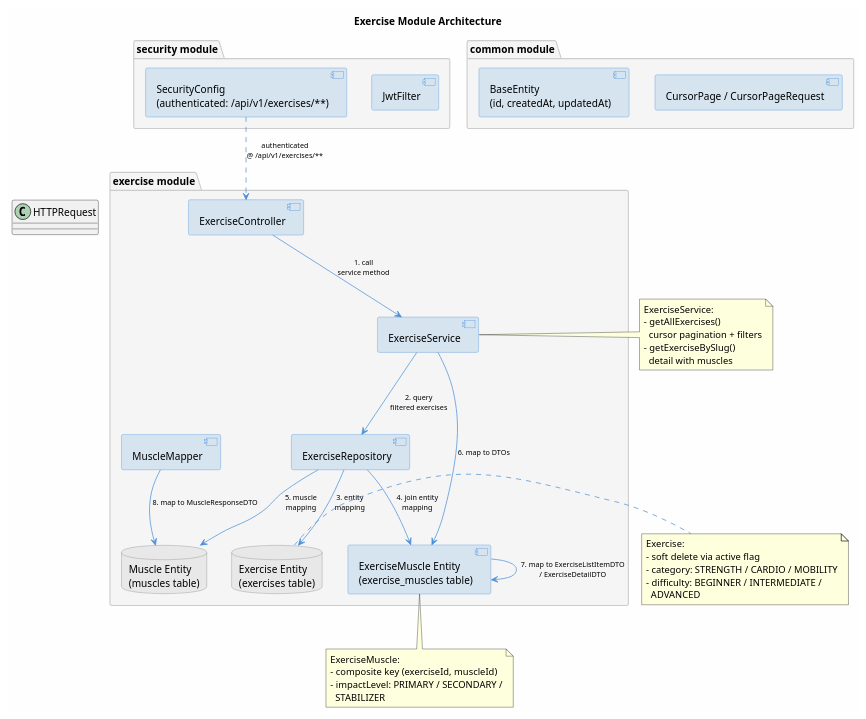
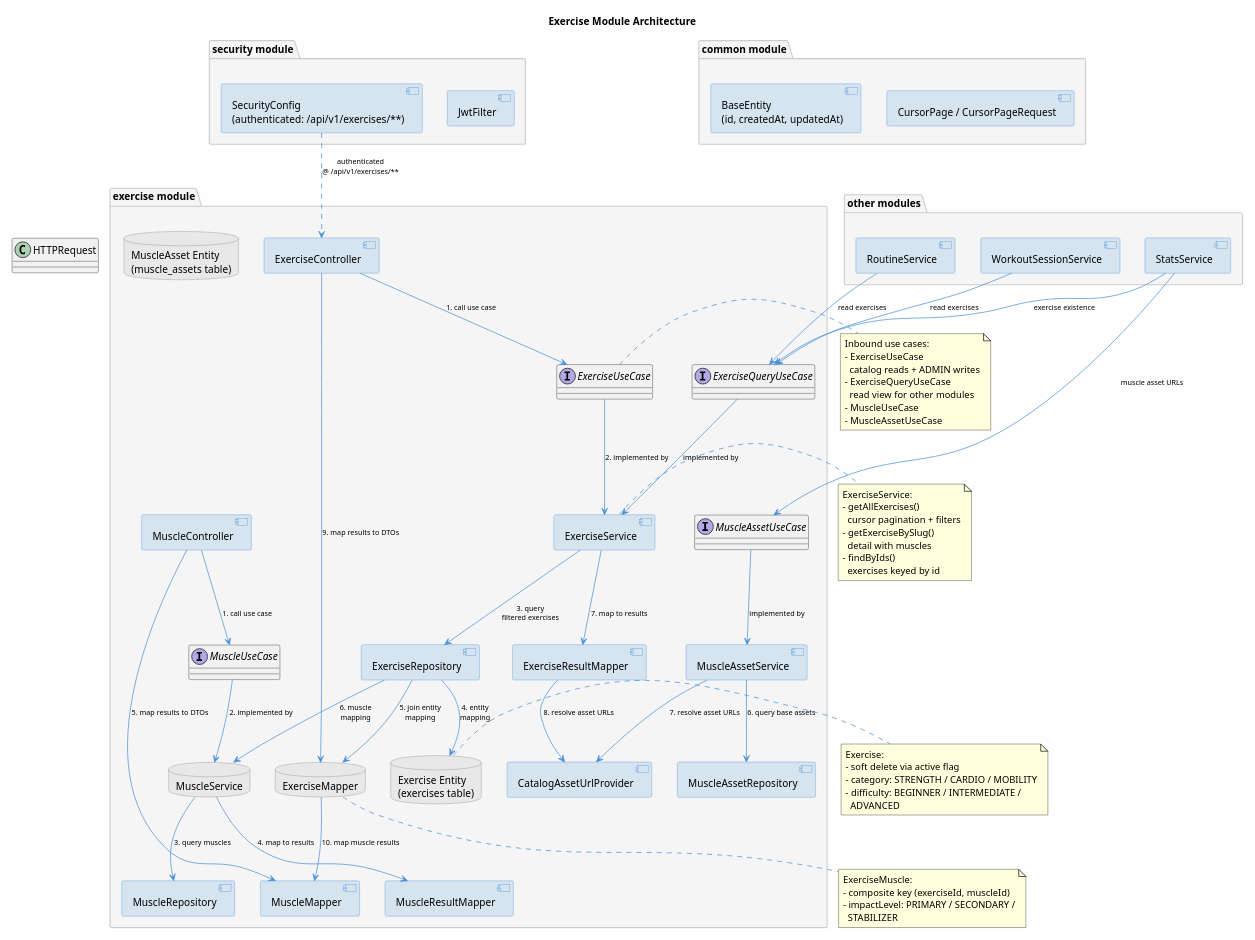
One commit to genesshoan/fitness-tracker-api changed the diagram in docs/exercise/exercise-architecture.puml. Above: the diagram before and after it, drawn with PlantUML. The commit also changed 47 other files, not shown here.

```diff
--- a/docs/exercise/exercise-architecture.puml
+++ b/docs/exercise/exercise-architecture.puml
@@ -1,106 +1,189 @@
 @startuml exercise-architecture
 
 title Exercise Module Architecture
 
 skinparam componentStyle uml2
 skinparam backgroundColor #FEFEFE
 skinparam component {
     BackgroundColor #D6E4F0
     BorderColor #4A90D9
+}
+skinparam interface {
+    BackgroundColor #E8F4E8
+    BorderColor #5AA55A
 }
 skinparam database {
     BackgroundColor #E8E8E8
     BorderColor #888888
 }
 skinparam node {
     BackgroundColor #F0F0F0
     BorderColor #AAAAAA
 }
 skinparam package {
     BackgroundColor #F5F5F5
     BorderColor #CCCCCC
 }
 
 package "exercise module" as exmod {
 
     component "ExerciseController" as exc {
     }
 
+    component "MuscleController" as muc {
+    }
+
+    interface "ExerciseUseCase" as exuc {
+    }
+
+    interface "ExerciseQueryUseCase" as exquc {
+    }
+
+    interface "MuscleUseCase" as muuc {
+    }
+
+    interface "MuscleAssetUseCase" as mauc {
+    }
+
     component "ExerciseService" as exs {
     }
 
+    component "MuscleService" as mus {
+    }
+
+    component "MuscleAssetService" as mas {
+    }
+
     component "ExerciseRepository" as exr {
+    }
+
+    component "MuscleRepository" as mur {
+    }
+
+    component "MuscleAssetRepository" as mar {
+    }
+
+    component "ExerciseResultMapper" as erm {
+    }
+
+    component "MuscleResultMapper" as mrm {
+    }
+
+    component "ExerciseMapper" as exm {
+    }
+
+    component "MuscleMapper" as mm {
+    }
+
+    component "CatalogAssetUrlProvider" as caup {
     }
 
     database "Exercise Entity\n(exercises table)" as ex {
     }
 
     database "ExerciseMuscle Entity\n(exercise_muscles table)" as exm {
     }
 
     database "Muscle Entity\n(muscles table)" as mus {
     }
 
-    component "ExerciseMapper" as exm {
+    database "MuscleAsset Entity\n(muscle_assets table)" as musa {
+    }
+}
+
+package "other modules" as othmod {
+    component "RoutineService" as ros {
     }
 
-    component "MuscleMapper" as mm {
+    component "WorkoutSessionService" as wos {
+    }
+
+    component "StatsService" as sts {
     }
 }
 
 package "common module" as commod {
     component "CursorPage / CursorPageRequest" as cp {
     }
 
     component "BaseEntity\n(id, createdAt, updatedAt)" as be {
     }
 }
 
 package "security module" as secmod {
     component "JwtFilter" as jf {
     }
 
     component "SecurityConfig\n(authenticated: /api/v1/exercises/**)" as sc {
     }
 }
 
 skinparam arrowColor #4A90D9
 skinparam arrowFontSize 10
 
 HTTPRequest -[hidden]> exc : HTTP\nRequest
 sc ..> exc : authenticated\n@ /api/v1/exercises/**
 
-exc --> exs : 1. call\nservice method
-exs --> exr : 2. query\nfiltered exercises
-exr --> ex : 3. entity\nmapping
-exr --> exm : 4. join entity\nmapping
-exr --> mus : 5. muscle\nmapping
+exc --> exuc : 1. call use case
+exuc --> exs : 2. implemented by
+exs --> exr : 3. query\nfiltered exercises
+exr --> ex : 4. entity\nmapping
+exr --> exm : 5. join entity\nmapping
+exr --> mus : 6. muscle\nmapping
 
-exs --> exm : 6. map to DTOs
-exm --> exm : 7. map to ExerciseListItemDTO\n/ ExerciseDetailDTO
-mm --> mus : 8. map to MuscleResponseDTO
+exs --> erm : 7. map to results
+erm --> caup : 8. resolve asset URLs
+exc --> exm : 9. map results to DTOs
+exm --> mm : 10. map muscle results
+
+muc --> muuc : 1. call use case
+muuc --> mus : 2. implemented by
+mus --> mur : 3. query muscles
+mus --> mrm : 4. map to results
+muc --> mm : 5. map results to DTOs
+
+ros --> exquc : read exercises
+wos --> exquc : read exercises
+sts --> exquc : exercise existence
+sts --> mauc : muscle asset URLs
+exquc --> exs : implemented by
+mauc --> mas : implemented by
+mas --> mar : 6. query base assets
+mas --> caup : 7. resolve asset URLs
+
+note right of exuc
+  Inbound use cases:
+  - ExerciseUseCase
+    catalog reads + ADMIN writes
+  - ExerciseQueryUseCase
+    read view for other modules
+  - MuscleUseCase
+  - MuscleAssetUseCase
+end note
 
 note right of exs
   ExerciseService:
   - getAllExercises()
     cursor pagination + filters
   - getExerciseBySlug()
     detail with muscles
+  - findByIds()
+    exercises keyed by id
 end note
 
 note bottom of exm
   ExerciseMuscle:
   - composite key (exerciseId, muscleId)
   - impactLevel: PRIMARY / SECONDARY /
     STABILIZER
 end note
 
 note right of ex {
   Exercise:
   - soft delete via active flag
   - category: STRENGTH / CARDIO / MOBILITY
   - difficulty: BEGINNER / INTERMEDIATE /
     ADVANCED
 }
 
 @enduml
```
